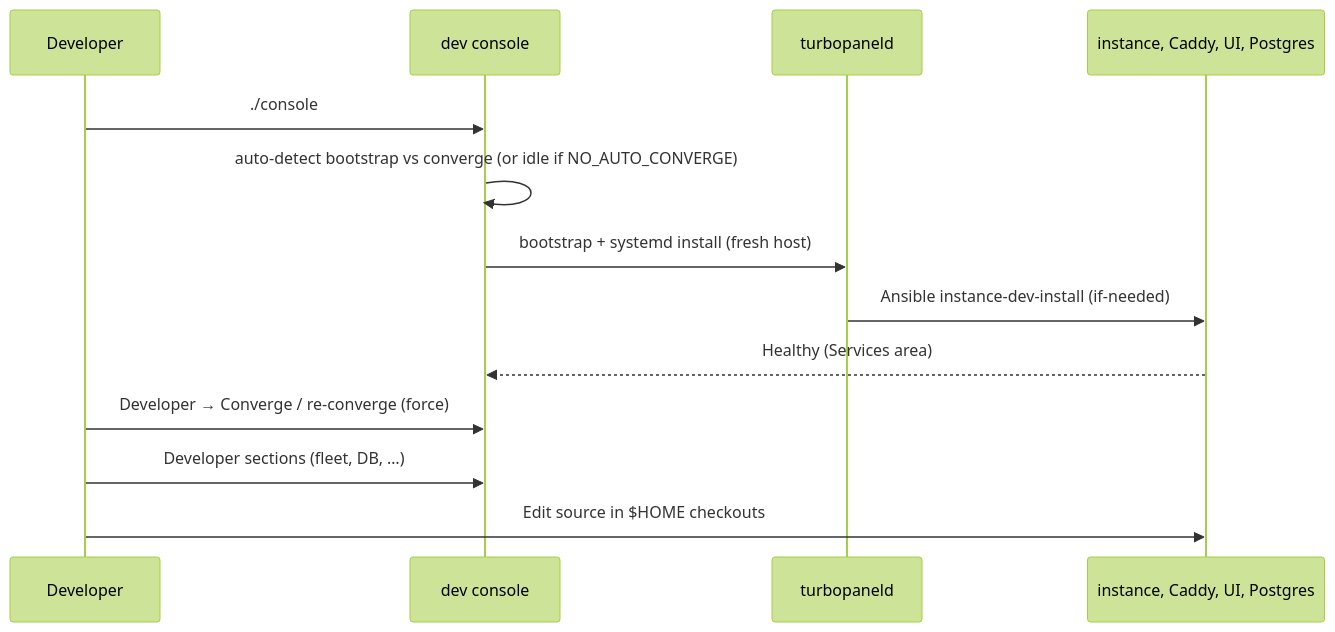
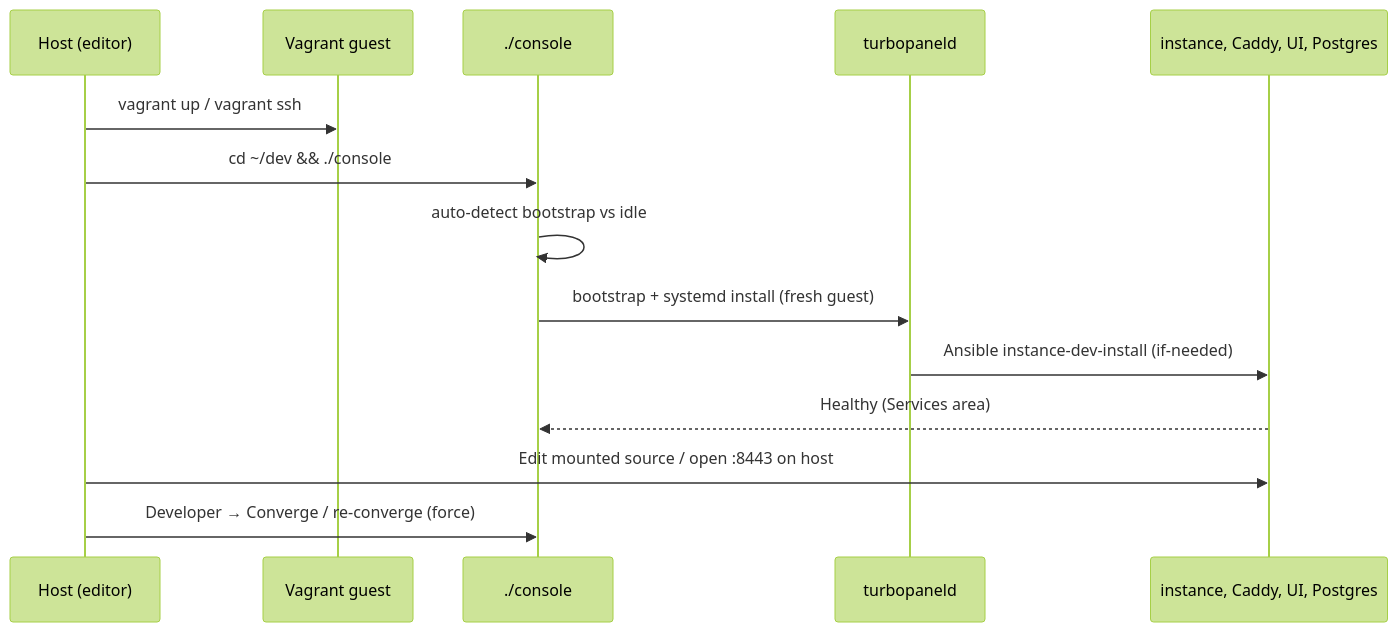
One commit to TurboPanel/website changed the diagram in docs/getting-started/development.mdx. Above: the diagram before and after it, drawn with Mermaid (forest theme). The commit also changed other lines of this file and 9 other files, not shown here.

````diff
--- a/docs/getting-started/development.mdx
+++ b/docs/getting-started/development.mdx
@@ -143,16 +145,17 @@
 ```mermaid
 sequenceDiagram
-    participant Dev as Developer
-    participant Console as dev console
+    participant Host as Host (editor)
+    participant Vagrant as Vagrant guest
+    participant Console as ./console
     participant Daemon as turbopaneld
     participant Services as instance, Caddy, UI, Postgres
 
-    Dev->>Console: ./console
-    Console->>Console: auto-detect bootstrap vs converge (or idle if NO_AUTO_CONVERGE)
-    Console->>Daemon: bootstrap + systemd install (fresh host)
+    Host->>Vagrant: vagrant up / vagrant ssh
+    Host->>Console: cd ~/dev && ./console
+    Console->>Console: auto-detect bootstrap vs idle
+    Console->>Daemon: bootstrap + systemd install (fresh guest)
     Daemon->>Services: Ansible instance-dev-install (if-needed)
     Services-->>Console: Healthy (Services area)
-    Dev->>Console: Developer → Converge / re-converge (force)
-    Dev->>Console: Developer sections (fleet, DB, …)
-    Dev->>Services: Edit source in $HOME checkouts
+    Host->>Services: Edit mounted source / open :8443 on host
+    Host->>Console: Developer → Converge / re-converge (force)
 ```
````
